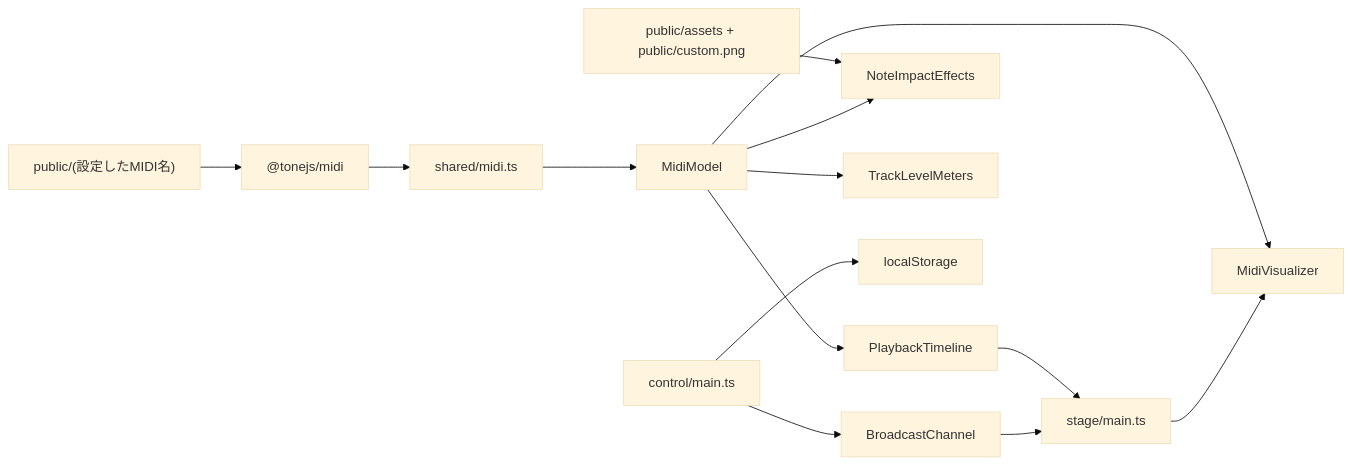
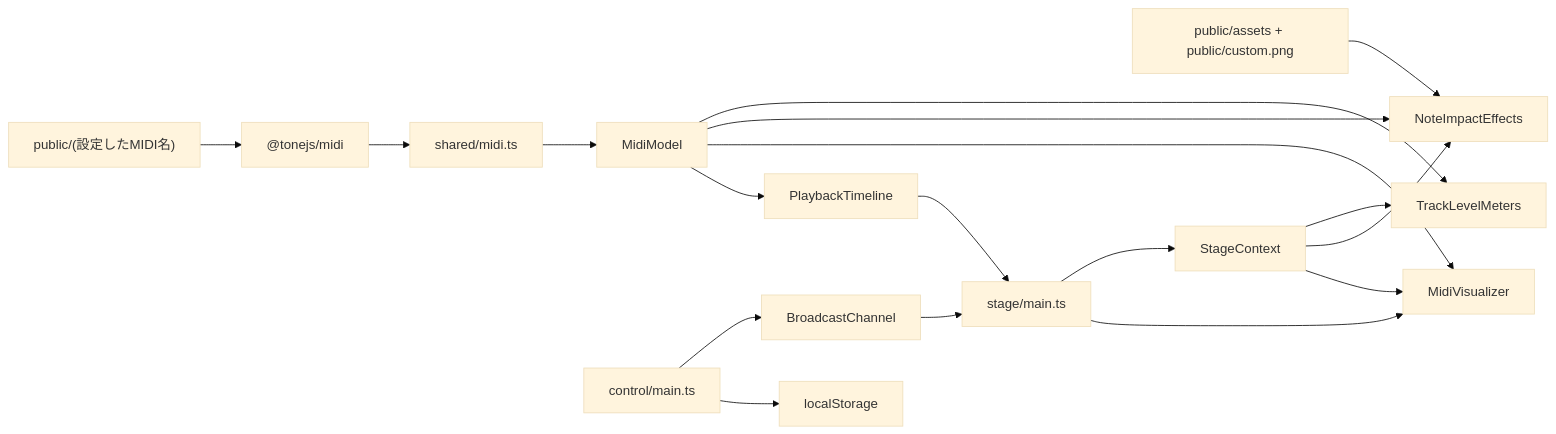
One commit to clockroom/midi2visual changed the first of 2 diagrams in docs/07-architecture.md. Above: the diagram before and after it, drawn with Mermaid (base theme). The commit also changed other lines of this file and 8 other files, not shown here.

````diff
--- a/docs/07-architecture.md
+++ b/docs/07-architecture.md
@@ -213,16 +226,20 @@
 ```mermaid
 flowchart LR
 	SMF["public/(設定したMIDI名)"] --> Parser["@tonejs/midi"]
 	Parser --> Normalizer["shared/midi.ts"]
 	Normalizer --> Model["MidiModel"]
 	Model --> Timeline["PlaybackTimeline"]
 	Model --> Visualizer["MidiVisualizer"]
 	Assets["public/assets + public/custom.png"] --> Effects["NoteImpactEffects"]
 	Model --> Effects
 	Model --> Meters["TrackLevelMeters"]
 	Timeline --> Stage["stage/main.ts"]
 	Stage --> Visualizer
 	Control["control/main.ts"] --> Storage["localStorage"]
 	Control --> Channel["BroadcastChannel"]
 	Channel --> Stage
+	Stage --> Context["StageContext"]
+	Context --> Visualizer
+	Context --> Effects
+	Context --> Meters
 ```
````
